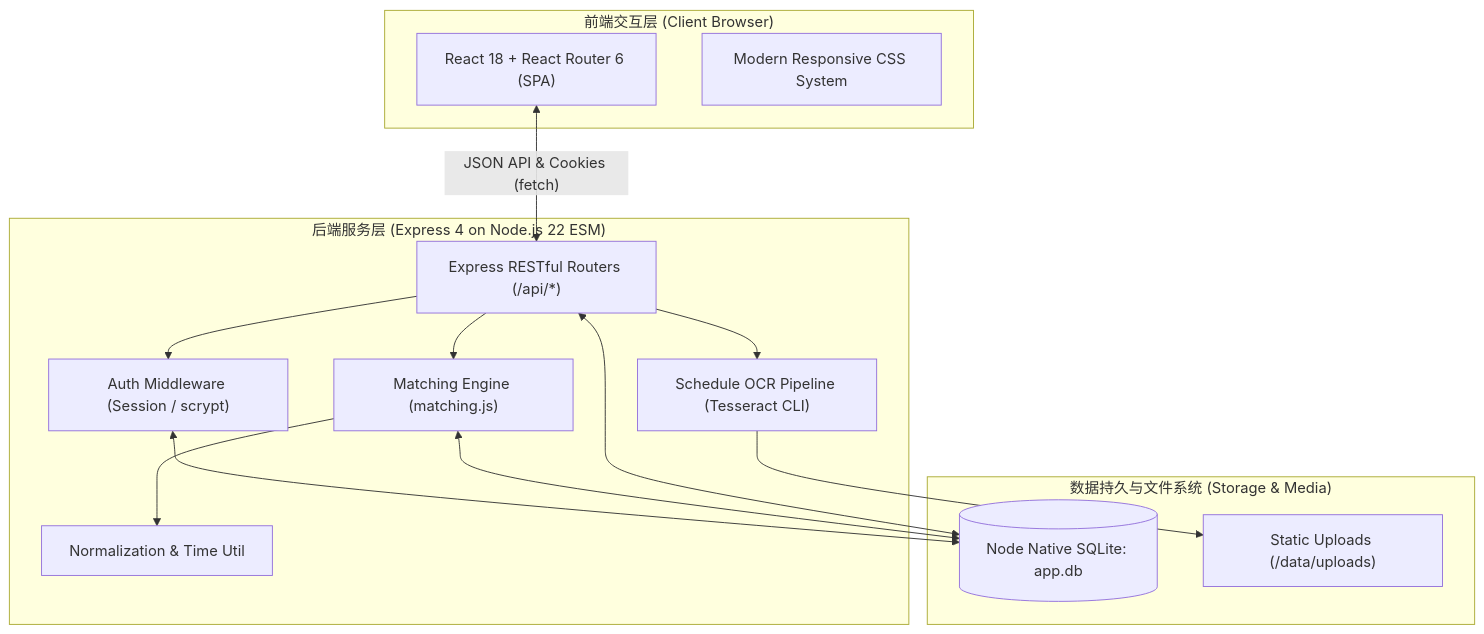
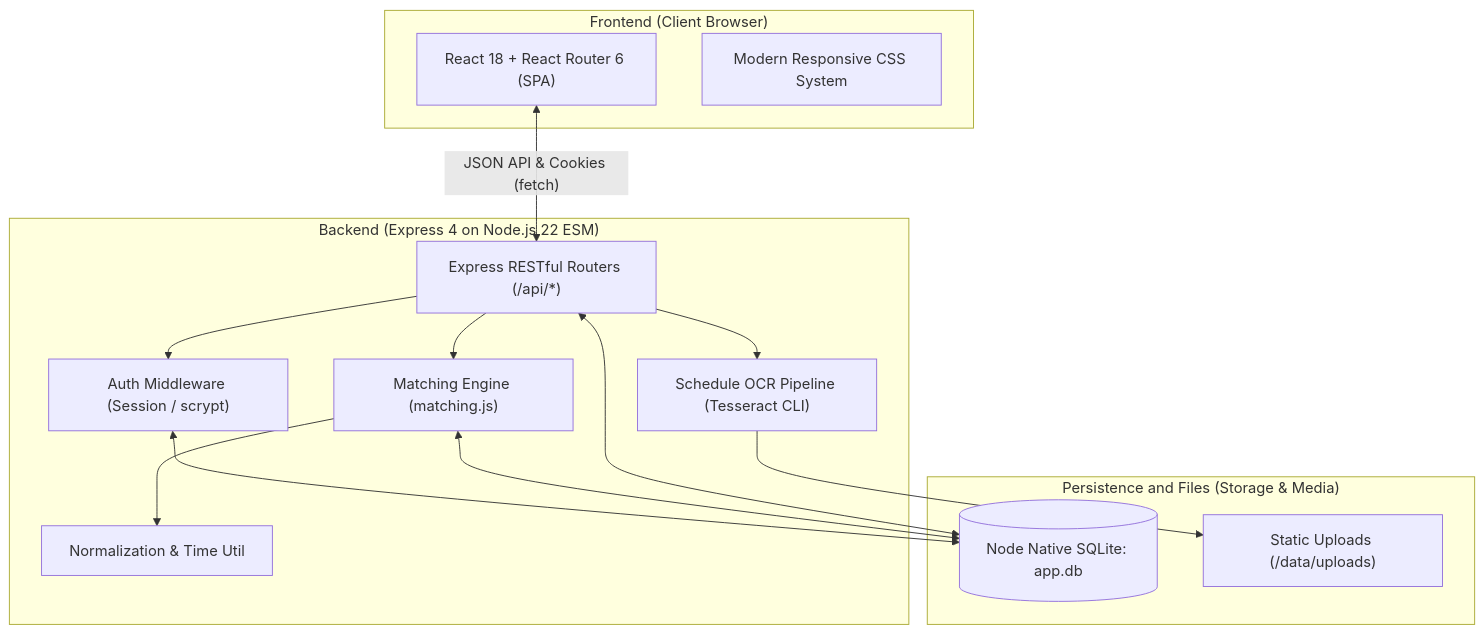
Before and after one commit to wjxssb/CS35: the first of 2 diagrams in README.md, drawn with Mermaid. The commit also changed other lines of this file and 2 other files, not shown here.

````diff
--- a/README.md
+++ b/README.md
@@ -280,30 +285,30 @@
 ```mermaid
 flowchart TD
-    subgraph Browser ["前端交互层 (Client Browser)"]
+    subgraph Browser ["Frontend (Client Browser)"]
         UI["React 18 + React Router 6 (SPA)"]
         CSS["Modern Responsive CSS System"]
     end
 
-    subgraph Backend ["后端服务层 (Express 4 on Node.js 22 ESM)"]
+    subgraph Backend ["Backend (Express 4 on Node.js 22 ESM)"]
         Router["Express RESTful Routers (/api/*)"]
         AuthMid["Auth Middleware (Session / scrypt)"]
         MatchEngine["Matching Engine (matching.js)"]
         NormUtil["Normalization & Time Util"]
         OCRPipeline["Schedule OCR Pipeline (Tesseract CLI)"]
     end
 
-    subgraph Storage ["数据持久与文件系统 (Storage & Media)"]
+    subgraph Storage ["Persistence and Files (Storage & Media)"]
         SQLite[("Node Native SQLite: app.db")]
         Uploads["Static Uploads (/data/uploads)"]
     end
 
     UI <-->|"JSON API & Cookies (fetch)"| Router
     Router --> AuthMid
     Router --> MatchEngine
     Router --> OCRPipeline
     MatchEngine --> NormUtil
     AuthMid <--> SQLite
     MatchEngine <--> SQLite
     OCRPipeline --> Uploads
     Router <--> SQLite
 ```
````
